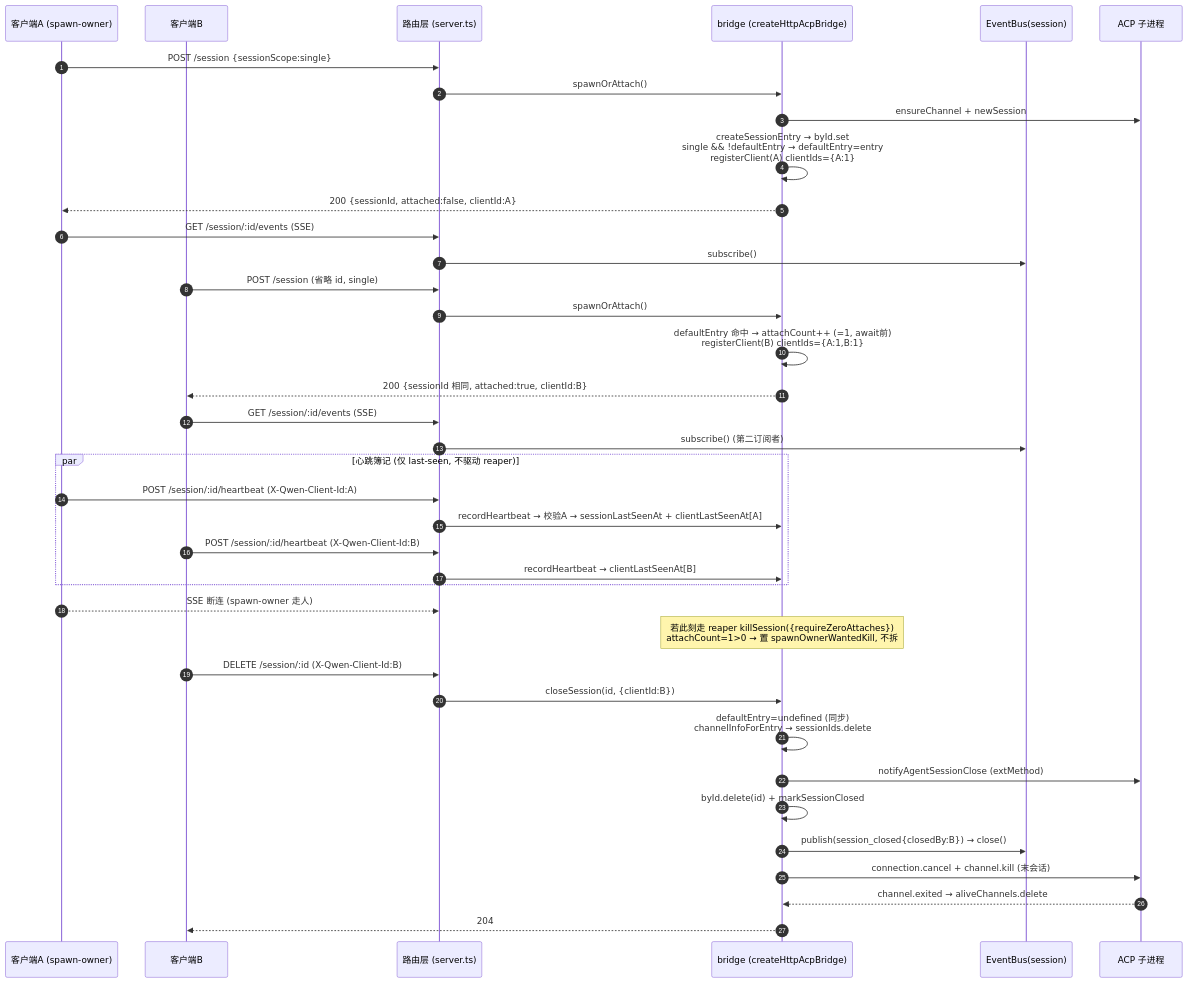
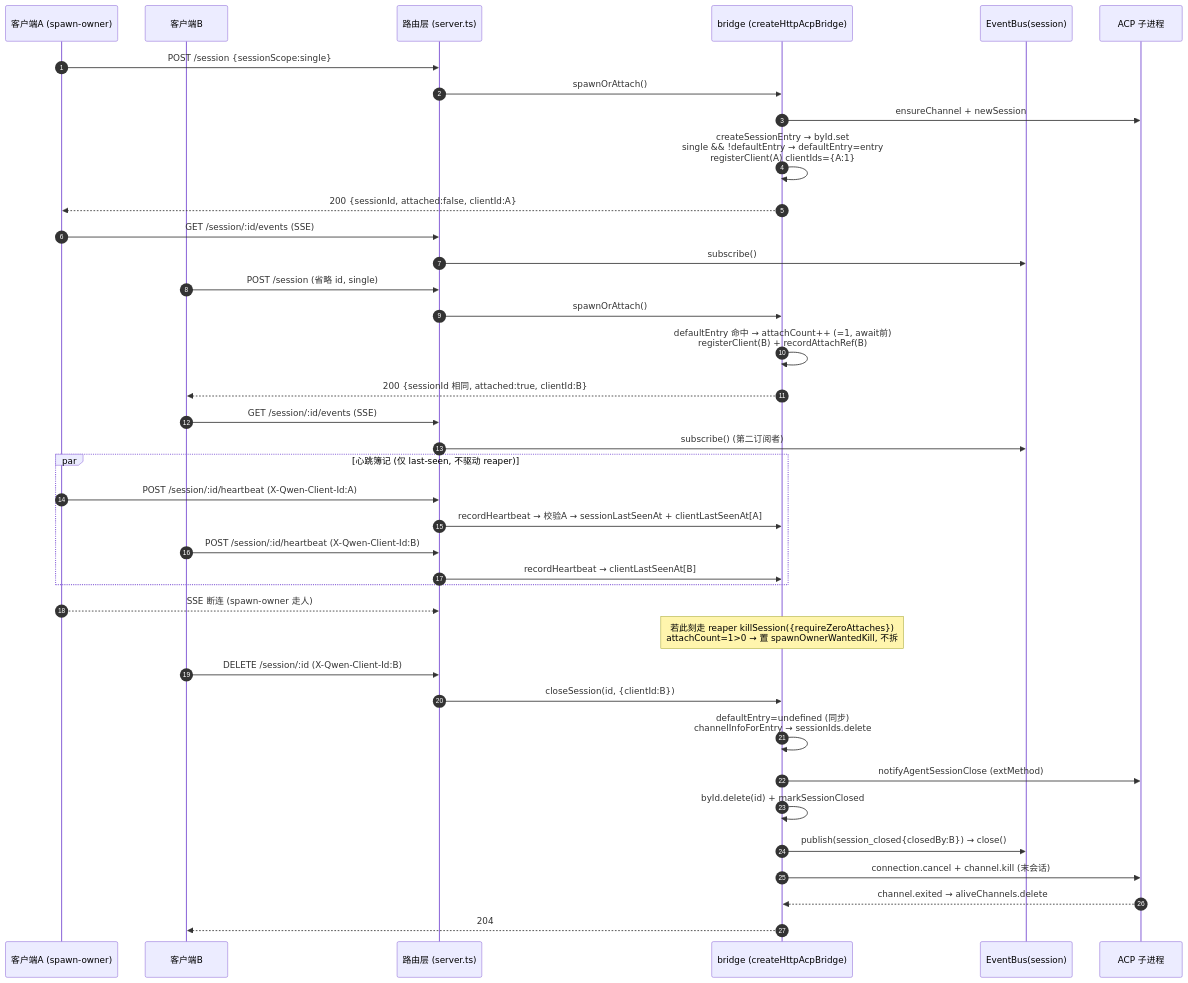
One commit to doudouOUC/code_agent changed the third of 4 diagrams in qwen-code/feature/daemon-serve-mode/03-session-lifecycle.md. Above: the diagram before and after it, drawn with Mermaid. The commit also changed other lines of this file and 20 other files, not shown here.

````diff
--- a/qwen-code/feature/daemon-serve-mode/03-session-lifecycle.md
+++ b/qwen-code/feature/daemon-serve-mode/03-session-lifecycle.md
@@ -390,41 +419,41 @@
 ```mermaid
 sequenceDiagram
     autonumber
     participant A as 客户端A (spawn-owner)
     participant B as 客户端B
     participant R as 路由层 (server.ts)
     participant D as bridge (createHttpAcpBridge)
     participant Bus as EventBus(session)
     participant Ag as ACP 子进程
 
     A->>R: POST /session {sessionScope:single}
     R->>D: spawnOrAttach()
     D->>Ag: ensureChannel + newSession
     D->>D: createSessionEntry → byId.set<br/>single && !defaultEntry → defaultEntry=entry<br/>registerClient(A) clientIds={A:1}
     D-->>A: 200 {sessionId, attached:false, clientId:A}
     A->>R: GET /session/:id/events (SSE)
     R->>Bus: subscribe()
     B->>R: POST /session (省略 id, single)
     R->>D: spawnOrAttach()
-    D->>D: defaultEntry 命中 → attachCount++ (=1, await前)<br/>registerClient(B) clientIds={A:1,B:1}
+    D->>D: defaultEntry 命中 → attachCount++ (=1, await前)<br/>registerClient(B) + recordAttachRef(B)
     D-->>B: 200 {sessionId 相同, attached:true, clientId:B}
     B->>R: GET /session/:id/events (SSE)
     R->>Bus: subscribe() (第二订阅者)
     par 心跳簿记 (仅 last-seen, 不驱动 reaper)
         A->>R: POST /session/:id/heartbeat (X-Qwen-Client-Id:A)
         R->>D: recordHeartbeat → 校验A → sessionLastSeenAt + clientLastSeenAt[A]
         B->>R: POST /session/:id/heartbeat (X-Qwen-Client-Id:B)
         R->>D: recordHeartbeat → clientLastSeenAt[B]
     end
     A-->>R: SSE 断连 (spawn-owner 走人)
     Note over D: 若此刻走 reaper killSession({requireZeroAttaches})<br/>attachCount=1>0 → 置 spawnOwnerWantedKill, 不拆
     B->>R: DELETE /session/:id (X-Qwen-Client-Id:B)
     R->>D: closeSession(id, {clientId:B})
     D->>D: defaultEntry=undefined (同步)<br/>channelInfoForEntry → sessionIds.delete
     D->>Ag: notifyAgentSessionClose (extMethod)
     D->>D: byId.delete(id) + markSessionClosed
     D->>Bus: publish(session_closed{closedBy:B}) → close()
     D->>Ag: connection.cancel + channel.kill (末会话)
     Ag-->>D: channel.exited → aliveChannels.delete
     D-->>B: 204
 ```
````
